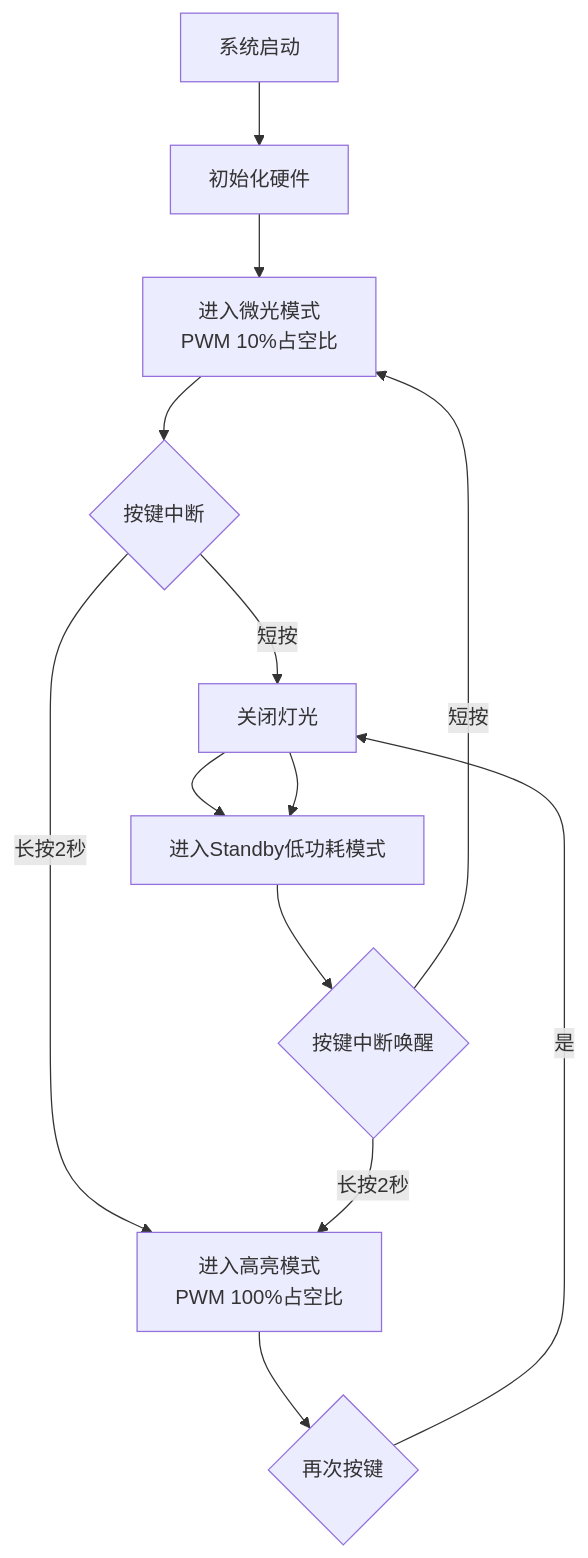
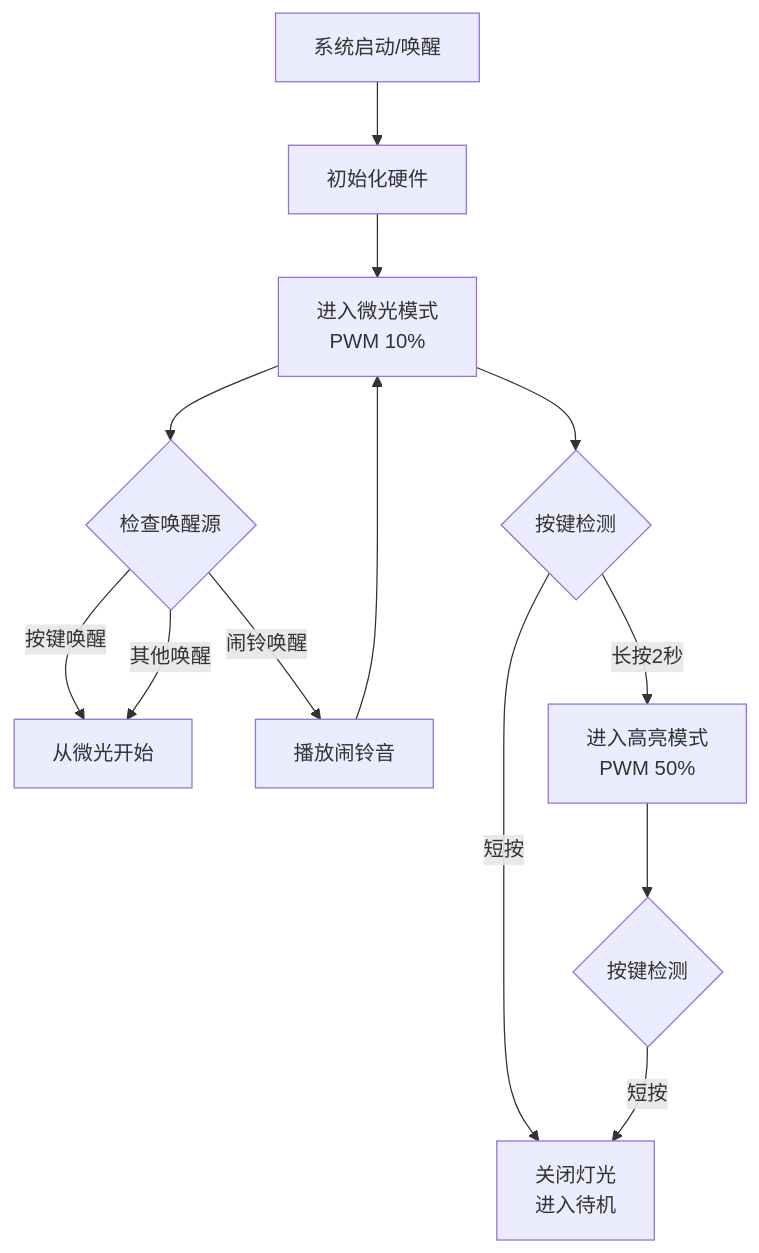
The diagram in README.md (llinzzi/BLINK32), drawn with Mermaid before and after one commit. The commit also changed other lines of this file and 1 other file, not shown here.

````diff
--- a/README.md
+++ b/README.md
@@ -43,15 +53,15 @@
 ```mermaid
 graph TD
-    A[系统启动] --> B[初始化硬件]
-    B --> C[进入微光模式<br/>PWM 10%占空比]
-    C --> D{按键中断}
-    D -->|短按| E[关闭灯光]
-    D -->|长按2秒| F[进入高亮模式<br/>PWM 100%占空比]
-    E --> G[进入Standby低功耗模式]
-    F --> H{再次按键}
-    H -->|是| E[关闭灯光]
-    E --> G[进入Standby低功耗模式]
-    G --> I{按键中断唤醒}
-    I -->|短按| C[进入微光模式<br/>PWM 10%占空比]
-    I -->|长按2秒| F[进入高亮模式<br/>PWM 100%占空比]
+    A[系统启动/唤醒] --> B[初始化硬件]
+    B --> C[进入微光模式<br/>PWM 10%]
+    C --> D{检查唤醒源}
+    D -->|按键唤醒| E[从微光开始]
+    D -->|闹铃唤醒| F[播放闹铃音]
+    D -->|其他唤醒| E
+    F --> C
+    C --> G{按键检测}
+    G -->|短按| H[关闭灯光<br/>进入待机]
+    G -->|长按2秒| I[进入高亮模式<br/>PWM 50%]
+    I --> J{按键检测}
+    J -->|短按| H
 ```
````
